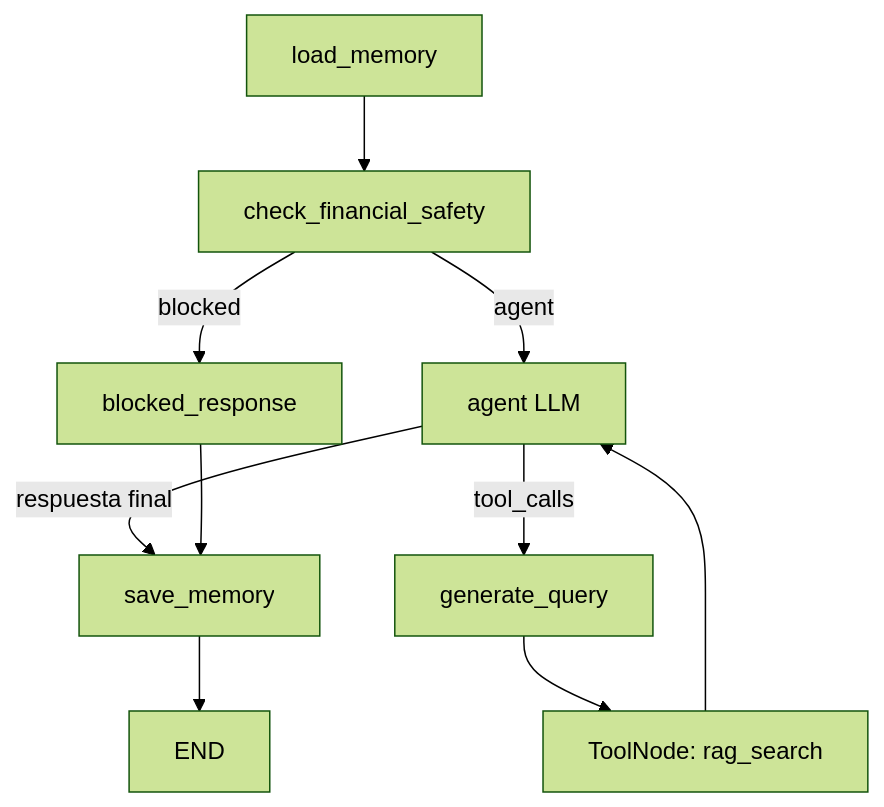
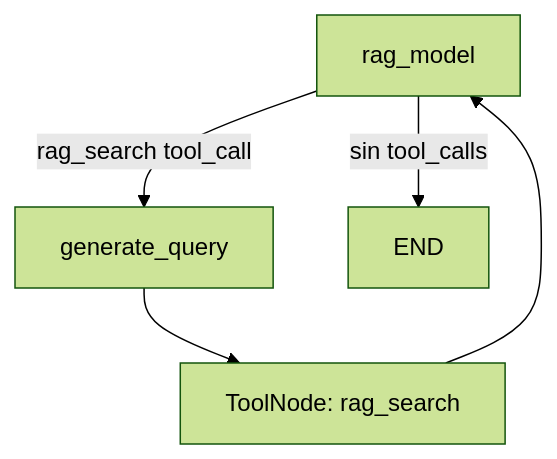
Before and after one commit to Fergchis/NaviRag_Trading: the second of 2 diagrams in docs/flujo_langgraph_ev2.md, drawn with Mermaid (forest theme). The commit also changed other lines of this file and 9 other files, not shown here.

````diff
--- a/docs/flujo_langgraph_ev2.md
+++ b/docs/flujo_langgraph_ev2.md
@@ -9,12 +50,7 @@
 ```mermaid
 flowchart TD
-    A[load_memory] --> B[check_financial_safety]
-    B -->|blocked| C[blocked_response]
-    B -->|agent| D[agent LLM]
-    D -->|tool_calls| E[generate_query]
-    D -->|respuesta final| H[save_memory]
-    E --> F[ToolNode: rag_search]
-    F --> D
-    C --> H
-    H --> I[END]
+    RM[rag_model] -->|rag_search tool_call| Q[generate_query]
+    RM -->|sin tool_calls| END
+    Q --> T[ToolNode: rag_search]
+    T --> RM
 ```
````
